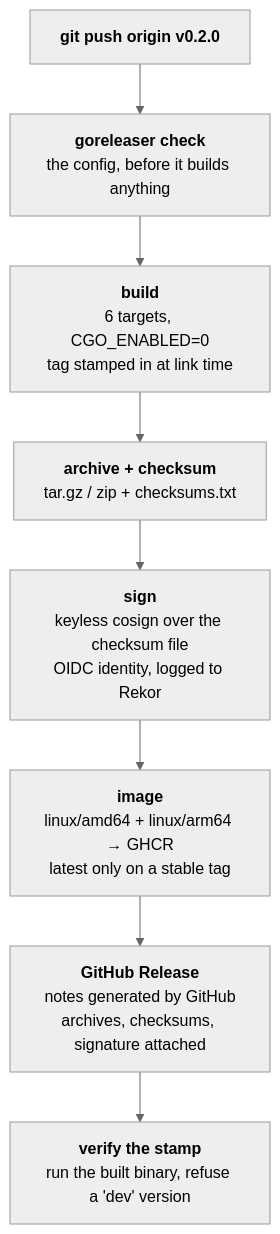
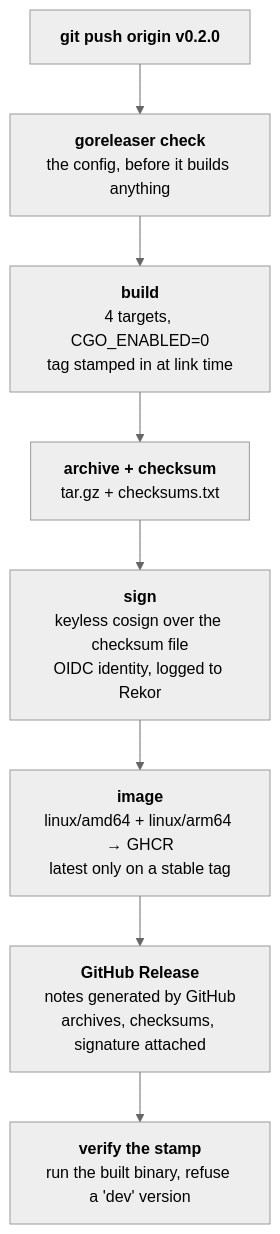
One commit to crewlet/crewlet changed the diagram in RELEASING.md. Above: the diagram before and after it, drawn with Mermaid (neutral theme). The commit also changed 2 other files, not shown here.

````diff
--- a/RELEASING.md
+++ b/RELEASING.md
@@ -17,11 +17,11 @@
 ```mermaid
 flowchart TD
     T["<b>git push origin v0.2.0</b>"] --> C
     C["<b>goreleaser check</b><br/>the config, before it builds anything"] --> B
-    B["<b>build</b><br/>6 targets, CGO_ENABLED=0<br/>tag stamped in at link time"] --> A
-    A["<b>archive + checksum</b><br/>tar.gz / zip + checksums.txt"] --> S
+    B["<b>build</b><br/>4 targets, CGO_ENABLED=0<br/>tag stamped in at link time"] --> A
+    A["<b>archive + checksum</b><br/>tar.gz + checksums.txt"] --> S
     S["<b>sign</b><br/>keyless cosign over the checksum file<br/>OIDC identity, logged to Rekor"] --> I
     I["<b>image</b><br/>linux/amd64 + linux/arm64 → GHCR<br/>latest only on a stable tag"] --> R
     R["<b>GitHub Release</b><br/>notes generated by GitHub<br/>archives, checksums, signature attached"] --> V
     V["<b>verify the stamp</b><br/>run the built binary, refuse a 'dev' version"]
 ```
````
